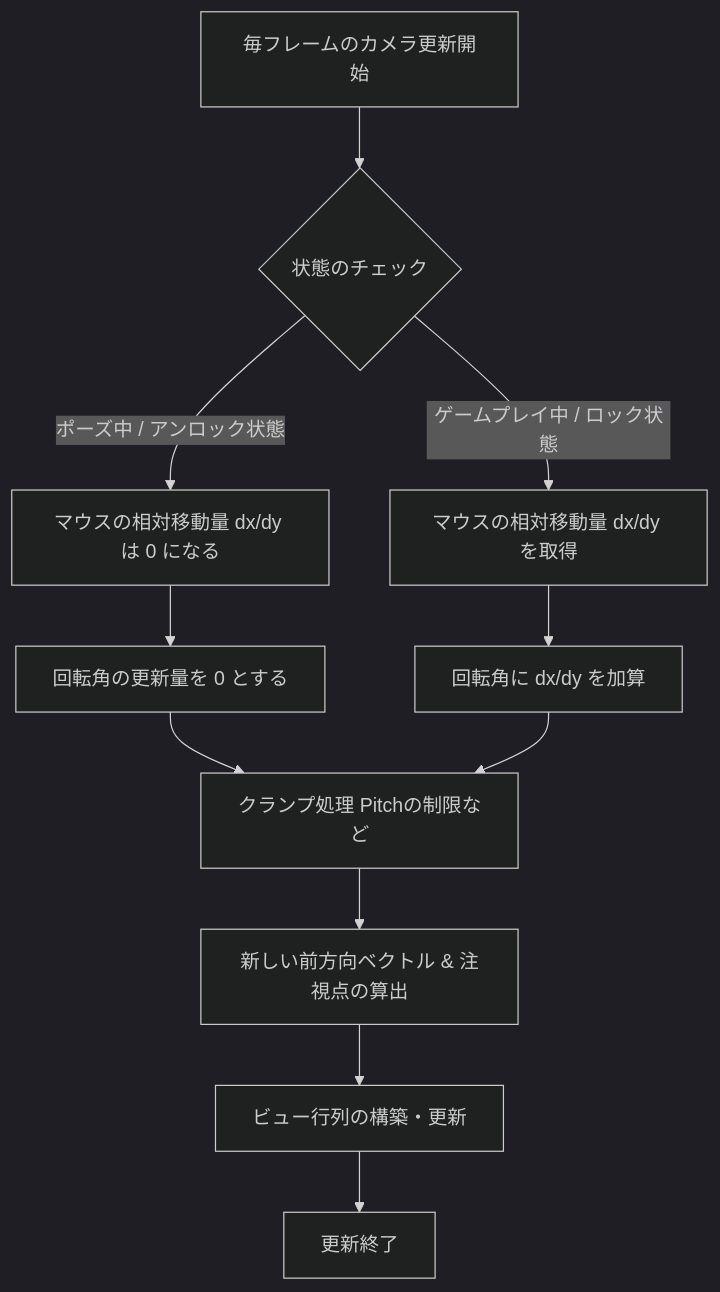
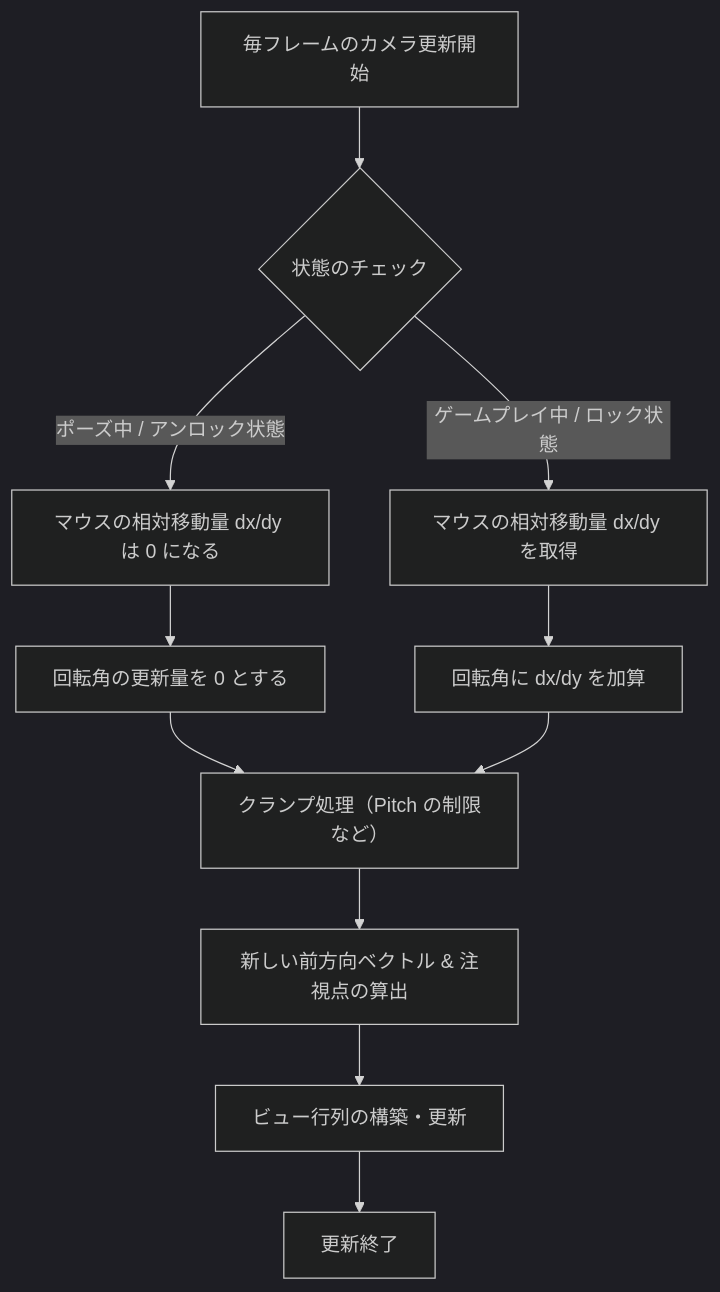
The diagram in markdown/mouse_camera_implementation_flow.md (Atlas1198/GravityNotes), drawn with Mermaid (dark theme) before and after one commit. The commit also changed other lines of this file, not shown here.

````diff
--- a/markdown/mouse_camera_implementation_flow.md
+++ b/markdown/mouse_camera_implementation_flow.md
@@ -52,16 +63,16 @@
 ```mermaid
 graph TD
     A[毎フレームのカメラ更新開始] --> B{状態のチェック}
-    B -->|ポーズ中 / アンロック状態| C[マウスの相対移動量 dx/dy は 0 になる]
-    B -->|ゲームプレイ中 / ロック状態| D[マウスの相対移動量 dx/dy を取得]
-    
+    B -->|ポーズ中 / アンロック状態| C["マウスの相対移動量 dx/dy は 0 になる"]
+    B -->|ゲームプレイ中 / ロック状態| D["マウスの相対移動量 dx/dy を取得"]
+
     C --> E[回転角の更新量を 0 とする]
     D --> F[回転角に dx/dy を加算]
-    
-    E --> G[クランプ処理 Pitchの制限など]
+
+    E --> G["クランプ処理（Pitch の制限など）"]
     F --> G
-    
+
     G --> H[新しい前方向ベクトル & 注視点の算出]
     H --> I[ビュー行列の構築・更新]
     I --> J[更新終了]
 ```
````
